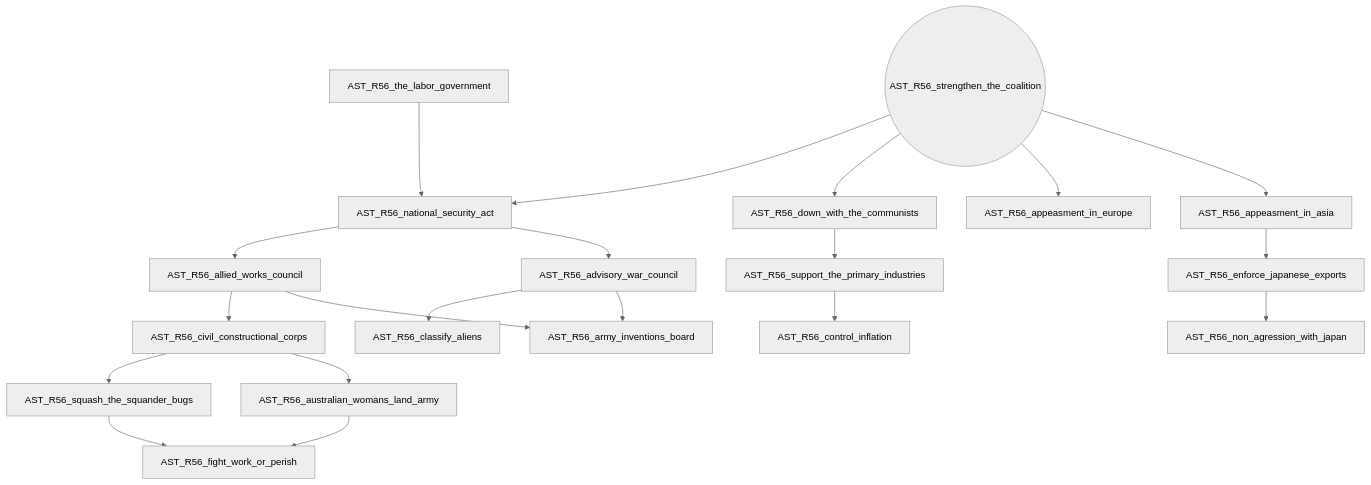
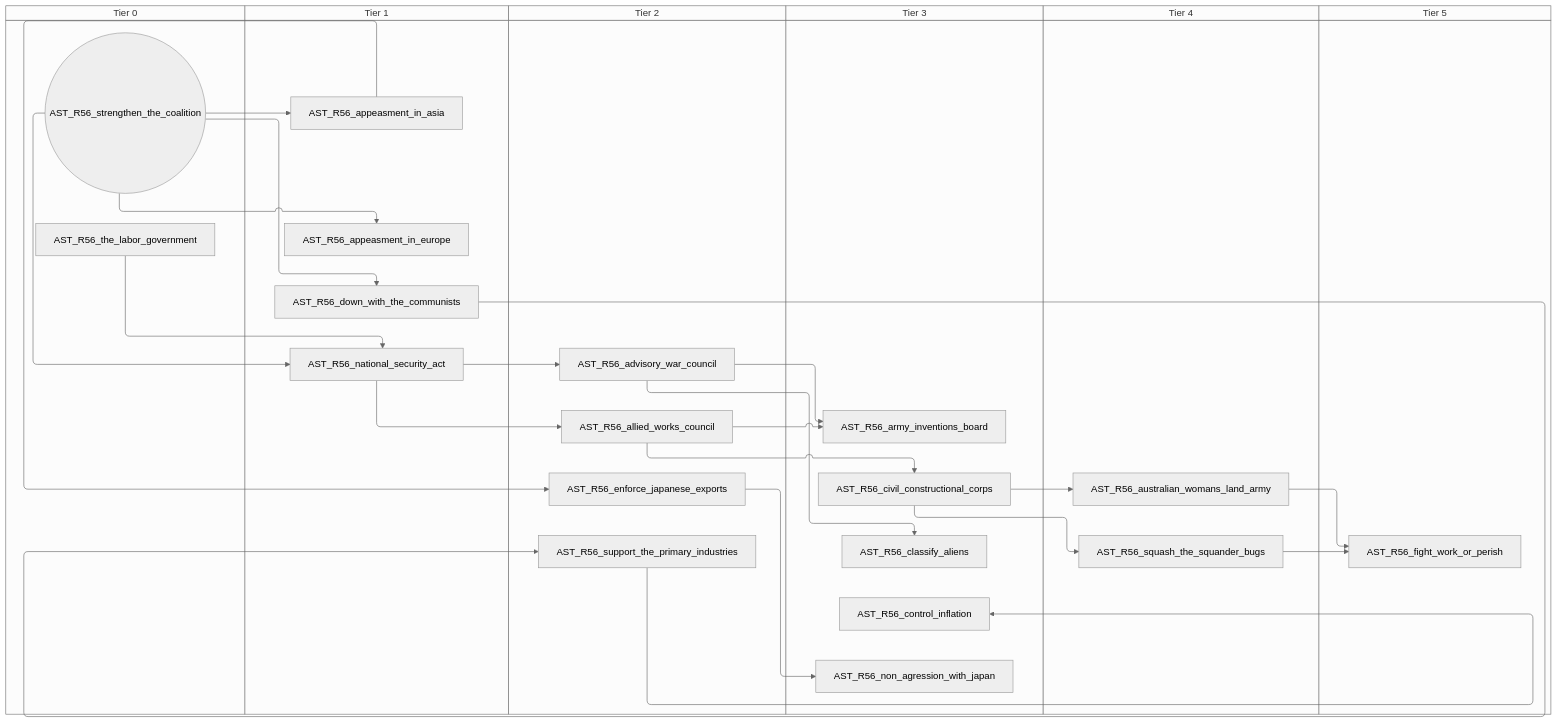
The tenth of 12 diagrams in docs/gdd/National Focuses/australia.md (evgeny-sobol/hoi4-sandbox-mode-r56), drawn with Mermaid (neutral theme) before and after one commit. The commit also changed other lines of this file and 423 other files, not shown here.

First line of the commit message:
Re-export Rt56 focus trees as swimlane diagrams

````diff
--- a/docs/gdd/National Focuses/australia.md
+++ b/docs/gdd/National Focuses/australia.md
@@ -506,40 +614,52 @@
 ```mermaid
-flowchart TD
-    n142["AST_R56_advisory_war_council"]
-    n143["AST_R56_allied_works_council"]
-    n144["AST_R56_appeasment_in_asia"]
-    n145["AST_R56_appeasment_in_europe"]
-    n146["AST_R56_army_inventions_board"]
-    n147["AST_R56_australian_womans_land_army"]
-    n148["AST_R56_civil_constructional_corps"]
-    n149["AST_R56_classify_aliens"]
-    n150["AST_R56_control_inflation"]
-    n151["AST_R56_down_with_the_communists"]
-    n152["AST_R56_enforce_japanese_exports"]
-    n153["AST_R56_fight_work_or_perish"]
-    n154["AST_R56_national_security_act"]
-    n155["AST_R56_non_agression_with_japan"]
-    n156["AST_R56_squash_the_squander_bugs"]
-    n157(("AST_R56_strengthen_the_coalition"))
-    n158["AST_R56_support_the_primary_industries"]
-    n159["AST_R56_the_labor_government"]
-    n154 --> n142
-    n154 --> n143
-    n157 --> n144
-    n157 --> n145
-    n143 --> n146
+swimlane-beta TD
+    subgraph tier_0["Tier 0"]
+        n142(("AST_R56_strengthen_the_coalition"))
+        n143["AST_R56_the_labor_government"]
+    end
+    subgraph tier_1["Tier 1"]
+        n144["AST_R56_appeasment_in_asia"]
+        n145["AST_R56_appeasment_in_europe"]
+        n146["AST_R56_down_with_the_communists"]
+        n147["AST_R56_national_security_act"]
+    end
+    subgraph tier_2["Tier 2"]
+        n148["AST_R56_advisory_war_council"]
+        n149["AST_R56_allied_works_council"]
+        n150["AST_R56_enforce_japanese_exports"]
+        n151["AST_R56_support_the_primary_industries"]
+    end
+    subgraph tier_3["Tier 3"]
+        n152["AST_R56_army_inventions_board"]
+        n153["AST_R56_civil_constructional_corps"]
+        n154["AST_R56_classify_aliens"]
+        n155["AST_R56_control_inflation"]
+        n156["AST_R56_non_agression_with_japan"]
+    end
+    subgraph tier_4["Tier 4"]
+        n157["AST_R56_australian_womans_land_army"]
+        n158["AST_R56_squash_the_squander_bugs"]
+    end
+    subgraph tier_5["Tier 5"]
+        n159["AST_R56_fight_work_or_perish"]
+    end
+    n147 --> n148
+    n147 --> n149
+    n142 --> n144
+    n142 --> n145
+    n149 --> n152
+    n148 --> n152
+    n153 --> n157
+    n149 --> n153
+    n148 --> n154
+    n151 --> n155
     n142 --> n146
-    n148 --> n147
-    n143 --> n148
-    n142 --> n149
-    n158 --> n150
-    n157 --> n151
-    n144 --> n152
-    n156 --> n153
-    n147 --> n153
-    n157 --> n154
-    n159 --> n154
-    n152 --> n155
-    n148 --> n156
-    n151 --> n158
+    n144 --> n150
+    n158 --> n159
+    n157 --> n159
+    n142 --> n147
+    n143 --> n147
+    n150 --> n156
+    n153 --> n158
+    n146 --> n151
 ```
````
